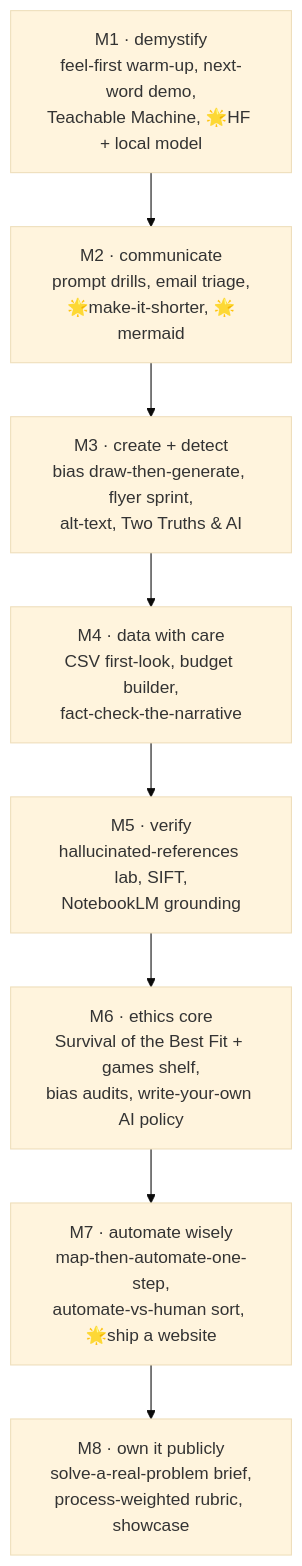
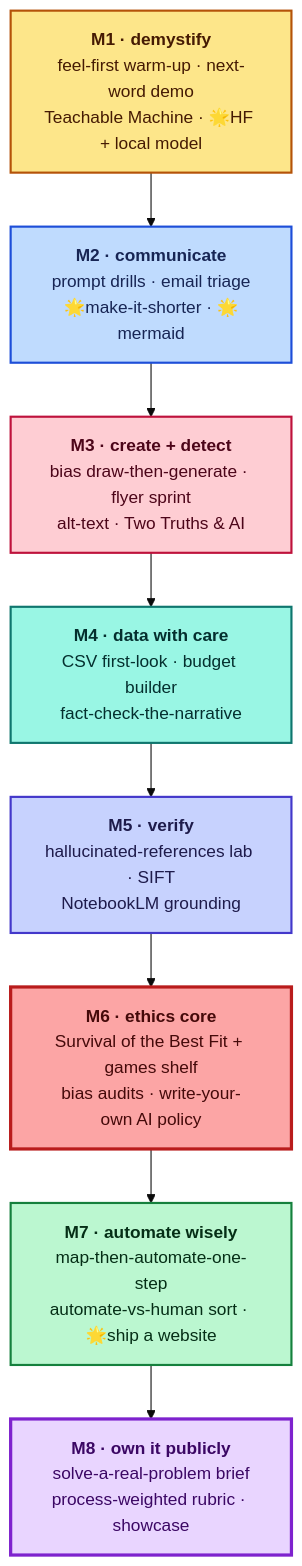
The second of 3 diagrams in intro-ai-tools/ACTIVITY_CONCEPTS.md (mvalancy/lesson-plans), drawn with Mermaid (base theme) before and after one commit. The commit also changed other lines of this file and 1 other file, not shown here.

First line of the commit message:
Style the mermaid diagrams: color-coded nodes, bold titles, thread groupings

````diff
--- a/intro-ai-tools/ACTIVITY_CONCEPTS.md
+++ b/intro-ai-tools/ACTIVITY_CONCEPTS.md
@@ -58,12 +69,31 @@
 ```mermaid
 flowchart TD
-    M1["M1 · demystify<br/>feel-first warm-up, next-word demo,<br/>Teachable Machine, 🌟HF + local model"]
-    M2["M2 · communicate<br/>prompt drills, email triage,<br/>🌟make-it-shorter, 🌟mermaid"]
-    M3["M3 · create + detect<br/>bias draw-then-generate, flyer sprint,<br/>alt-text, Two Truths & AI"]
-    M4["M4 · data with care<br/>CSV first-look, budget builder,<br/>fact-check-the-narrative"]
-    M5["M5 · verify<br/>hallucinated-references lab, SIFT,<br/>NotebookLM grounding"]
-    M6["M6 · ethics core<br/>Survival of the Best Fit + games shelf,<br/>bias audits, write-your-own AI policy"]
-    M7["M7 · automate wisely<br/>map-then-automate-one-step,<br/>automate-vs-human sort, 🌟ship a website"]
-    M8["M8 · own it publicly<br/>solve-a-real-problem brief,<br/>process-weighted rubric, showcase"]
-    M1 --> M2 --> M3 --> M4 --> M5 --> M6 --> M7 --> M8
+    M1["<b>M1 · demystify</b><br/>feel-first warm-up · next-word demo<br/>Teachable Machine · 🌟HF + local model"]
+    M2["<b>M2 · communicate</b><br/>prompt drills · email triage<br/>🌟make-it-shorter · 🌟mermaid"]
+    M3["<b>M3 · create + detect</b><br/>bias draw-then-generate · flyer sprint<br/>alt-text · Two Truths & AI"]
+    M4["<b>M4 · data with care</b><br/>CSV first-look · budget builder<br/>fact-check-the-narrative"]
+    M5["<b>M5 · verify</b><br/>hallucinated-references lab · SIFT<br/>NotebookLM grounding"]
+    M6["<b>M6 · ethics core</b><br/>Survival of the Best Fit + games shelf<br/>bias audits · write-your-own AI policy"]
+    M7["<b>M7 · automate wisely</b><br/>map-then-automate-one-step<br/>automate-vs-human sort · 🌟ship a website"]
+    M8["<b>M8 · own it publicly</b><br/>solve-a-real-problem brief<br/>process-weighted rubric · showcase"]
+    M1 --> M2 --> M3 --> M4
+    M5 --> M6 --> M7 --> M8
+    M4 --> M5
+
+    classDef demystify fill:#fde68a,stroke:#b45309,stroke-width:2px,color:#451a03
+    classDef communicate fill:#bfdbfe,stroke:#1d4ed8,stroke-width:2px,color:#172554
+    classDef create fill:#fecdd3,stroke:#be123c,stroke-width:2px,color:#4c0519
+    classDef data fill:#99f6e4,stroke:#0f766e,stroke-width:2px,color:#042f2e
+    classDef verify fill:#c7d2fe,stroke:#4338ca,stroke-width:2px,color:#1e1b4b
+    classDef ethics fill:#fca5a5,stroke:#b91c1c,stroke-width:3px,color:#450a0a
+    classDef automate fill:#bbf7d0,stroke:#15803d,stroke-width:2px,color:#052e16
+    classDef own fill:#e9d5ff,stroke:#7e22ce,stroke-width:3px,color:#3b0764
+    class M1 demystify
+    class M2 communicate
+    class M3 create
+    class M4 data
+    class M5 verify
+    class M6 ethics
+    class M7 automate
+    class M8 own
 ```
````
